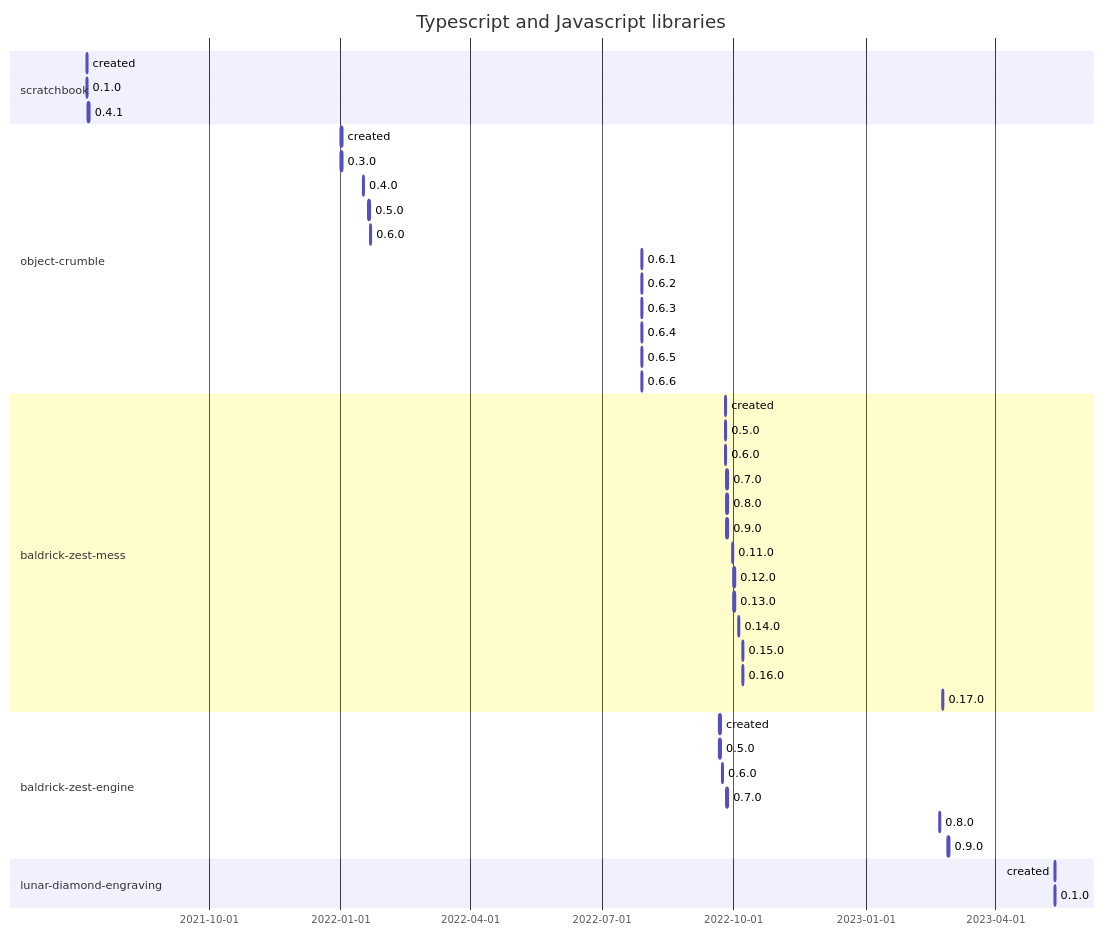
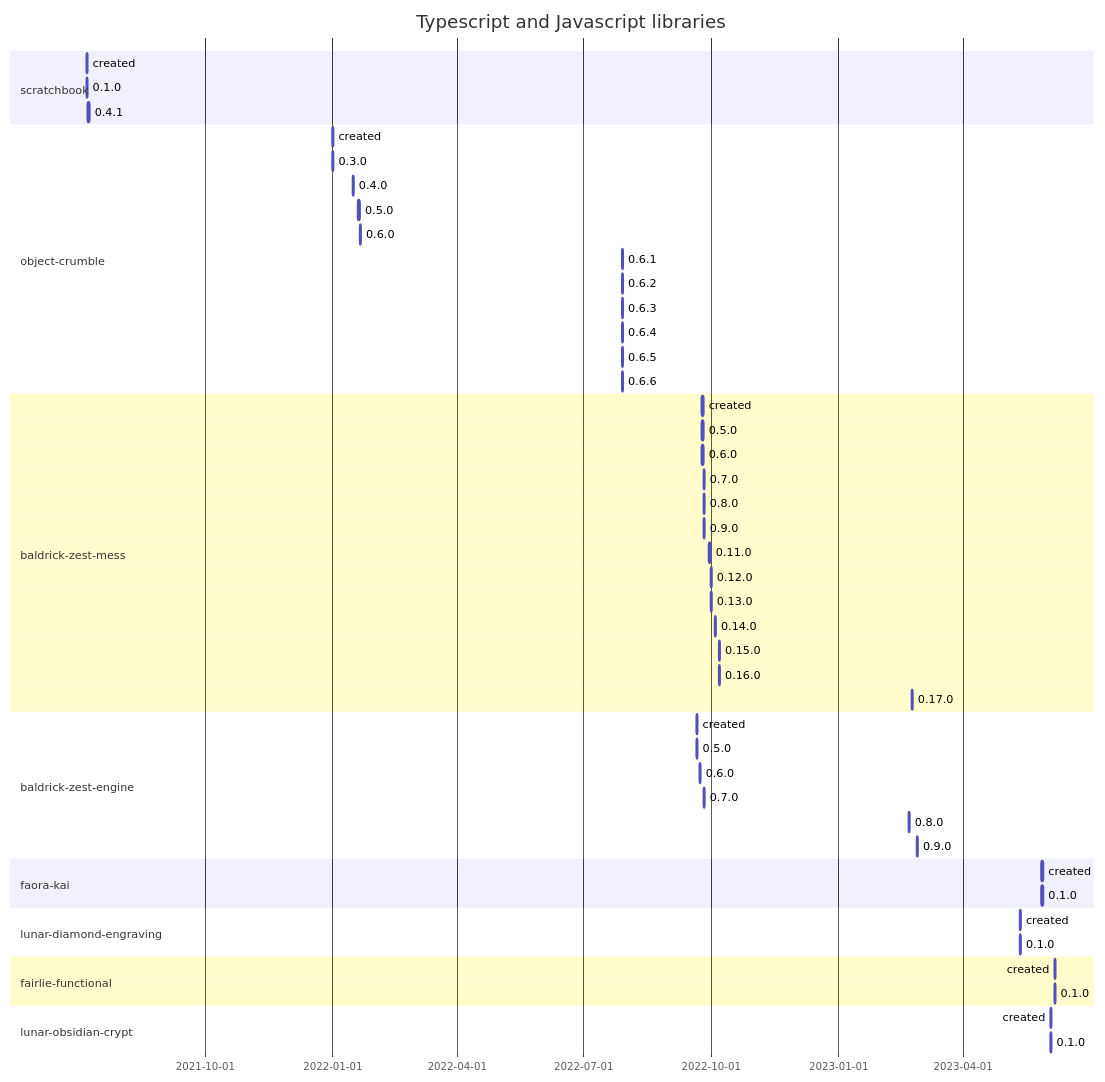
The first of 4 diagrams in SOFTWARE-TIMELINE.md (flarebyte/overview), drawn with Mermaid before and after one commit. The commit also changed 2 other files, not shown here.

Commit message:
Update overview (#6)

````diff
--- a/SOFTWARE-TIMELINE.md
+++ b/SOFTWARE-TIMELINE.md
@@ -7,55 +7,70 @@
 ```mermaid
 gantt
     title Typescript and Javascript libraries
     dateFormat  YYYY-MM-DD
 
     section scratchbook
     created:, 2021-07-08, 1d
     0.1.0:, 2021-07-08, 1d
     0.4.1:, 2021-07-09, 1d
 
 
     section object-crumble
     created:, 2022-01-01, 1d
     0.3.0:, 2022-01-01, 1d
     0.4.0:, 2022-01-16, 1d
     0.5.0:, 2022-01-20, 1d
     0.6.0:, 2022-01-21, 1d
     0.6.1:, 2022-07-29, 1d
     0.6.2:, 2022-07-29, 1d
     0.6.3:, 2022-07-29, 1d
     0.6.4:, 2022-07-29, 1d
     0.6.5:, 2022-07-29, 1d
     0.6.6:, 2022-07-29, 1d
 
 
     section baldrick-zest-mess
     created:, 2022-09-25, 1d
     0.5.0:, 2022-09-25, 1d
     0.6.0:, 2022-09-25, 1d
     0.7.0:, 2022-09-26, 1d
     0.8.0:, 2022-09-26, 1d
     0.9.0:, 2022-09-26, 1d
     0.11.0:, 2022-09-30, 1d
     0.12.0:, 2022-10-01, 1d
     0.13.0:, 2022-10-01, 1d
     0.14.0:, 2022-10-04, 1d
     0.15.0:, 2022-10-07, 1d
     0.16.0:, 2022-10-07, 1d
     0.17.0:, 2023-02-23, 1d
 
 
     section baldrick-zest-engine
     created:, 2022-09-21, 1d
     0.5.0:, 2022-09-21, 1d
     0.6.0:, 2022-09-23, 1d
     0.7.0:, 2022-09-26, 1d
     0.8.0:, 2023-02-21, 1d
     0.9.0:, 2023-02-27, 1d
 
 
+    section faora-kai
+    created:, 2023-05-28, 1d
+    0.1.0:, 2023-05-28, 1d
+
+
     section lunar-diamond-engraving
     created:, 2023-05-12, 1d
     0.1.0:, 2023-05-12, 1d
 
+
+    section fairlie-functional
+    created:, 2023-06-06, 1d
+    0.1.0:, 2023-06-06, 1d
+
+
+    section lunar-obsidian-crypt
+    created:, 2023-06-03, 1d
+    0.1.0:, 2023-06-03, 1d
+
 ```
````
